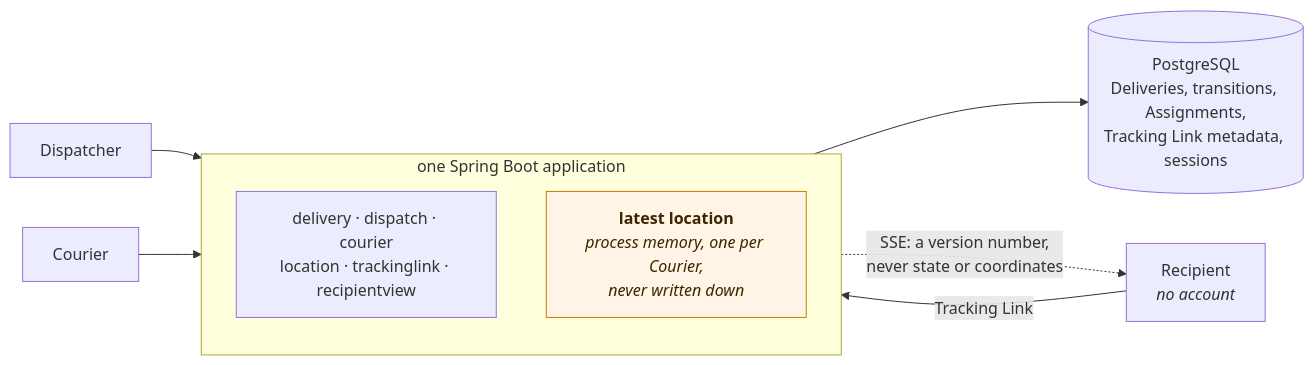
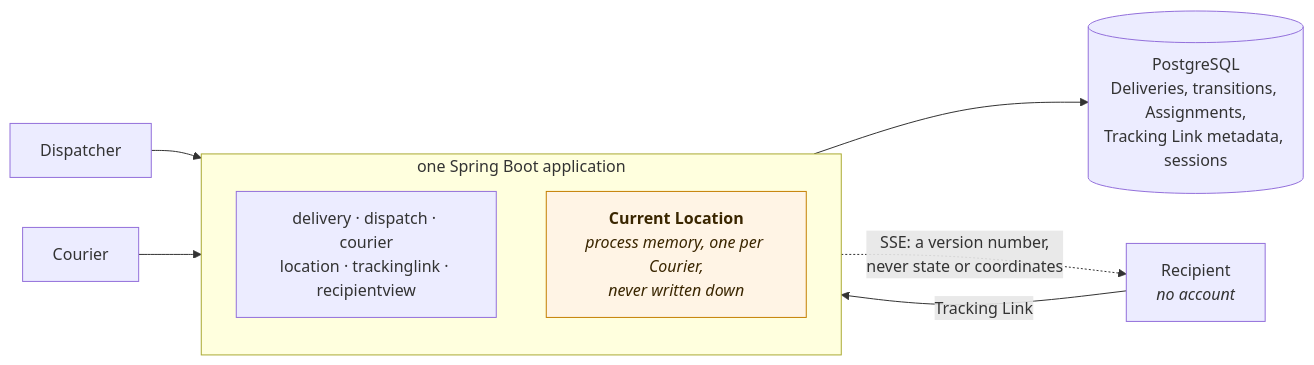
One commit to Jamiedz999/delivery-glance changed the diagram in README.md. Above: the diagram before and after it, drawn with Mermaid. The commit also changed other lines of this file and 16 other files, not shown here.

````diff
--- a/README.md
+++ b/README.md
@@ -82,18 +82,18 @@
 ```mermaid
 flowchart LR
     D["Dispatcher"] --> A
     C["Courier"] --> A
     R["Recipient<br/><i>no account</i>"] -->|"Tracking Link"| A
 
     subgraph A["one Spring Boot application"]
         direction TB
         modules["delivery · dispatch · courier<br/>location · trackinglink · recipientview"]
-        mem["<b>latest location</b><br/><i>process memory, one per Courier,<br/>never written down</i>"]
+        mem["<b>Current Location</b><br/><i>process memory, one per Courier,<br/>never written down</i>"]
     end
 
     A --> P[("PostgreSQL<br/>Deliveries, transitions, Assignments,<br/>Tracking Link metadata, sessions")]
     A -.->|"SSE: a version number,<br/>never state or coordinates"| R
 
     classDef memory fill:#fff4e5,stroke:#c47f00,color:#3a2600
     class mem memory
 ```
````
